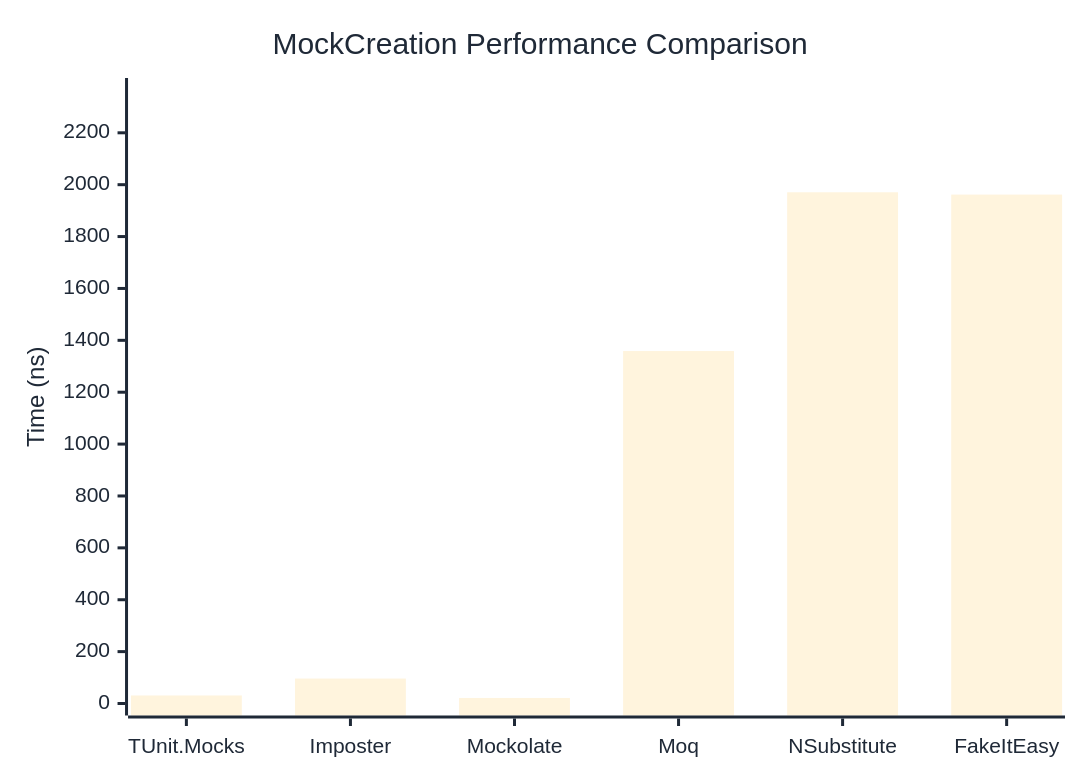
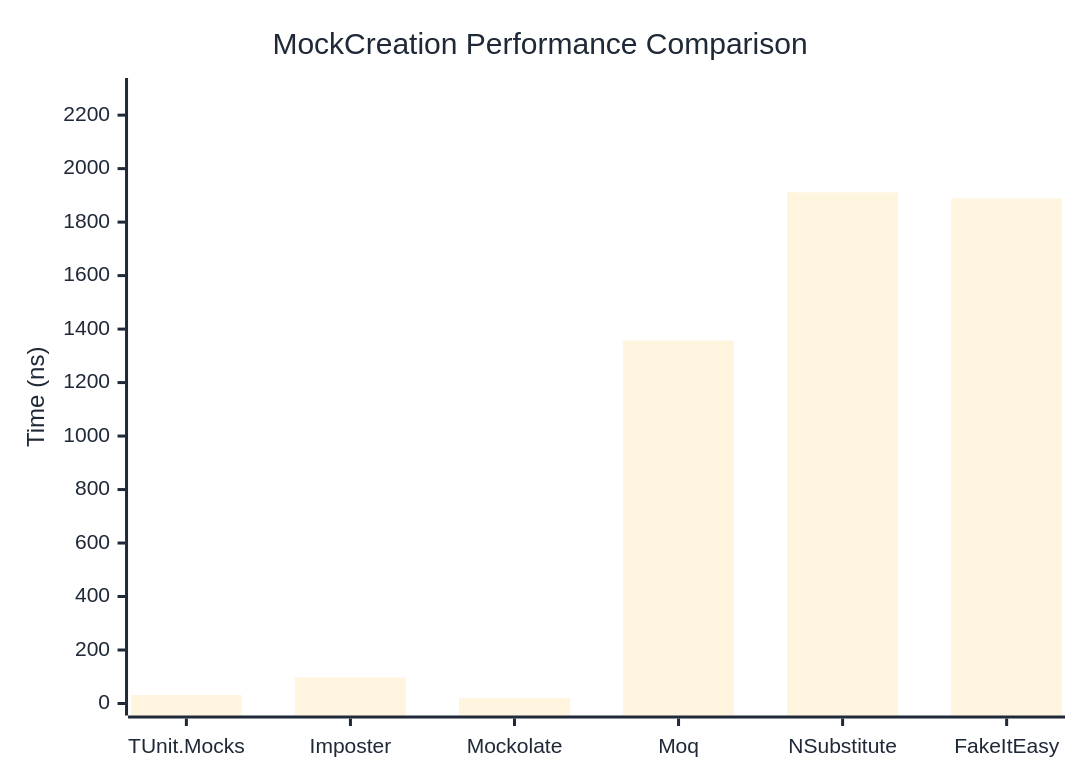
One commit to thomhurst/TUnit changed the first of 2 diagrams in docs/docs/benchmarks/mocks/MockCreation.md. Above: the diagram before and after it, drawn with Mermaid. The commit also changed other lines of this file and 14 other files, not shown here.

````diff
--- a/docs/docs/benchmarks/mocks/MockCreation.md
+++ b/docs/docs/benchmarks/mocks/MockCreation.md
@@ -30,27 +30,27 @@
 ```mermaid
 %%{init: {
   'theme':'base',
   'themeVariables': {
     'primaryColor': '#2563eb',
     'primaryTextColor': '#1f2937',
     'primaryBorderColor': '#1e40af',
     'lineColor': '#6b7280',
     'secondaryColor': '#7c3aed',
     'tertiaryColor': '#dc2626',
     'background': '#ffffff',
     'pie1': '#2563eb',
     'pie2': '#7c3aed',
     'pie3': '#dc2626',
     'pie4': '#f59e0b',
     'pie5': '#10b981',
     'pie6': '#06b6d4',
     'pie7': '#ec4899',
     'pie8': '#6366f1'
   }
 }}%%
 xychart-beta
   title "MockCreation Performance Comparison"
   x-axis ["TUnit.Mocks", "Imposter", "Mockolate", "Moq", "NSubstitute", "FakeItEasy"]
-  y-axis "Time (ns)" 0 --> 2365
-  bar [30.95, 96.1, 21.34, 1358.7, 1970.7, 1961.83]
+  y-axis "Time (ns)" 0 --> 2294
+  bar [31.62, 97.45, 19.98, 1357.22, 1911.2, 1888.3]
 ```
````
